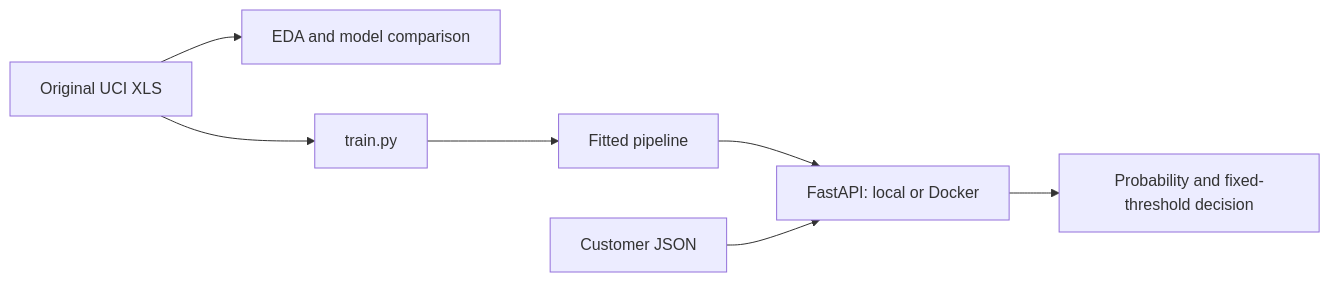
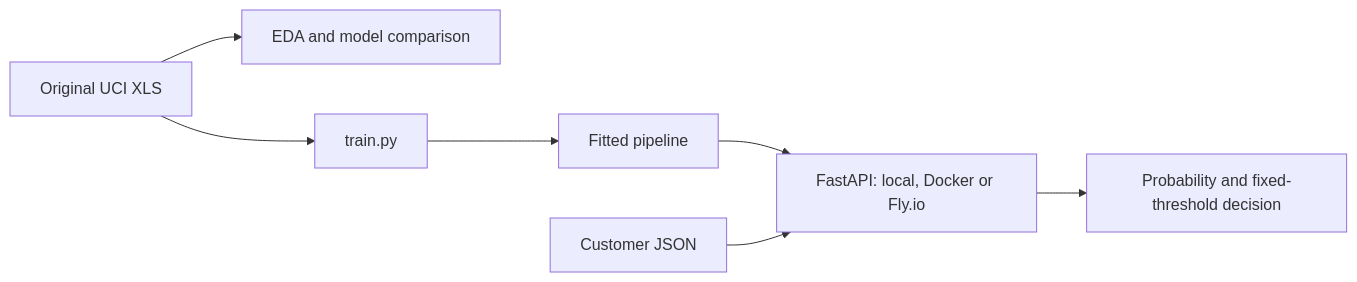
Before and after one commit to claudcelle/credit_default_prediction: the diagram in README.md, drawn with Mermaid. The commit also changed other lines of this file and 5 other files, not shown here.

````diff
--- a/README.md
+++ b/README.md
@@ -140,9 +280,9 @@
 ```mermaid
 flowchart LR
     XLS[Original UCI XLS] --> NB[EDA and model comparison]
     XLS --> Train[train.py]
     Train --> Model[Fitted pipeline]
-    Model --> API[FastAPI: local or Docker]
+    Model --> API[FastAPI: local, Docker or Fly.io]
     JSON[Customer JSON] --> API
     API --> Response[Probability and fixed-threshold decision]
 ```
````
